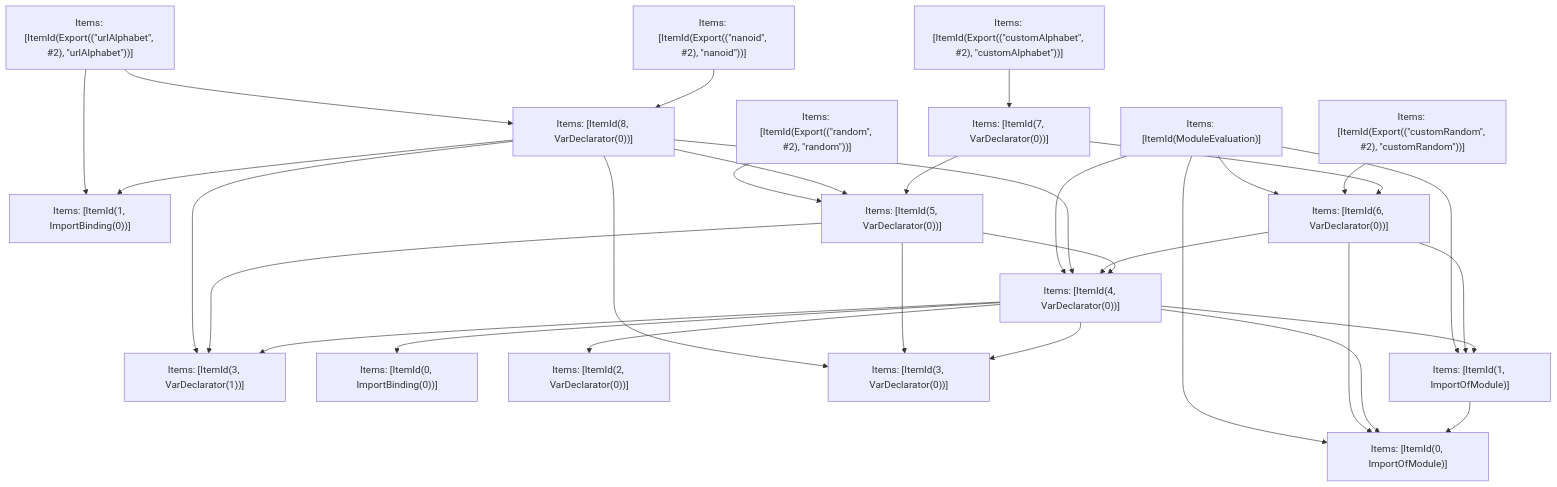
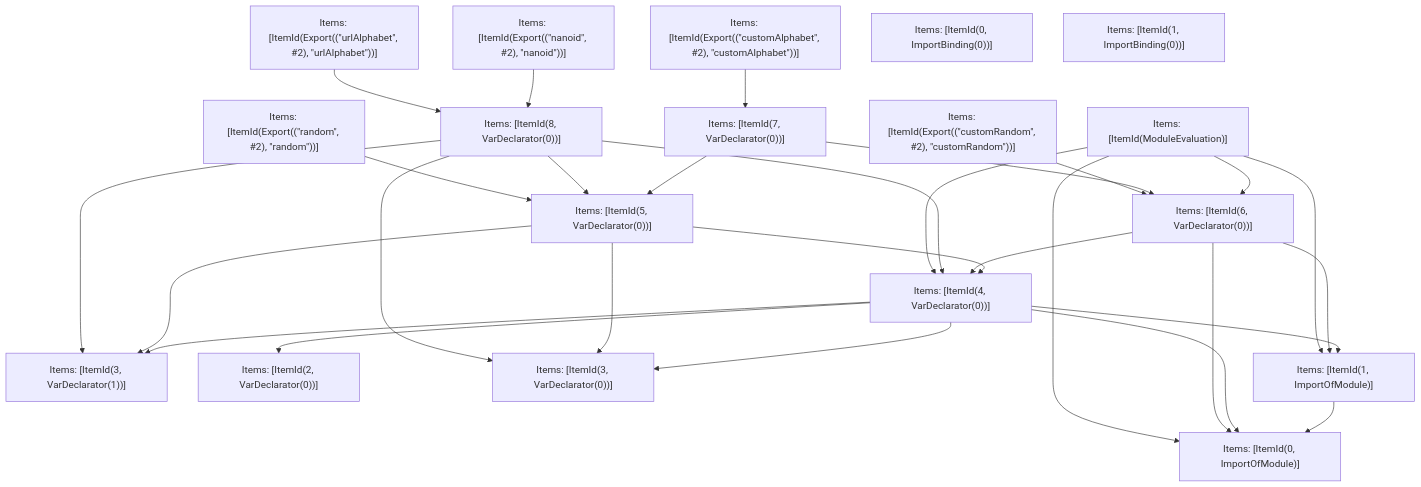
One commit to phidol/next.js changed the fifth of 5 diagrams in turbopack/crates/turbopack-ecmascript/tests/tree-shaker/analyzer/nanoid/output.md. Above: the diagram before and after it, drawn with Mermaid. The commit also changed other lines of this file and 64 other files, not shown here.

````diff
--- a/turbopack/crates/turbopack-ecmascript/tests/tree-shaker/analyzer/nanoid/output.md
+++ b/turbopack/crates/turbopack-ecmascript/tests/tree-shaker/analyzer/nanoid/output.md
@@ -361,51 +361,48 @@
 ```mermaid
 graph TD
-    N0["Items: [ItemId(1, ImportBinding(0))]"];
+    N0["Items: [ItemId(7, VarDeclarator(0))]"];
     N1["Items: [ItemId(3, VarDeclarator(1))]"];
-    N2["Items: [ItemId(0, ImportBinding(0))]"];
+    N2["Items: [ItemId(Export((&quot;customAlphabet&quot;, #2), &quot;customAlphabet&quot;))]"];
     N3["Items: [ItemId(2, VarDeclarator(0))]"];
     N4["Items: [ItemId(3, VarDeclarator(0))]"];
     N5["Items: [ItemId(0, ImportOfModule)]"];
     N6["Items: [ItemId(1, ImportOfModule)]"];
     N7["Items: [ItemId(4, VarDeclarator(0))]"];
     N8["Items: [ItemId(6, VarDeclarator(0))]"];
     N9["Items: [ItemId(ModuleEvaluation)]"];
     N10["Items: [ItemId(Export((&quot;customRandom&quot;, #2), &quot;customRandom&quot;))]"];
     N11["Items: [ItemId(5, VarDeclarator(0))]"];
     N12["Items: [ItemId(Export((&quot;random&quot;, #2), &quot;random&quot;))]"];
     N13["Items: [ItemId(8, VarDeclarator(0))]"];
     N14["Items: [ItemId(Export((&quot;urlAlphabet&quot;, #2), &quot;urlAlphabet&quot;))]"];
     N15["Items: [ItemId(Export((&quot;nanoid&quot;, #2), &quot;nanoid&quot;))]"];
-    N16["Items: [ItemId(7, VarDeclarator(0))]"];
-    N17["Items: [ItemId(Export((&quot;customAlphabet&quot;, #2), &quot;customAlphabet&quot;))]"];
+    N16["Items: [ItemId(0, ImportBinding(0))]"];
+    N17["Items: [ItemId(1, ImportBinding(0))]"];
     N6 --> N5;
     N7 --> N4;
     N7 --> N3;
-    N7 --> N2;
+    N9 --> N8;
     N7 --> N1;
     N7 --> N5;
     N7 --> N6;
     N11 --> N7;
     N11 --> N4;
     N11 --> N1;
     N8 --> N5;
     N8 --> N6;
     N8 --> N7;
-    N16 --> N8;
-    N16 --> N11;
+    N0 --> N8;
+    N0 --> N11;
     N13 --> N7;
     N13 --> N1;
-    N13 --> N0;
+    N9 --> N6;
     N13 --> N11;
     N13 --> N4;
     N15 --> N13;
-    N17 --> N16;
+    N2 --> N0;
     N10 --> N8;
     N14 --> N13;
-    N14 --> N0;
+    N9 --> N7;
     N12 --> N11;
     N9 --> N5;
-    N9 --> N6;
-    N9 --> N7;
-    N9 --> N8;
 ```
````
